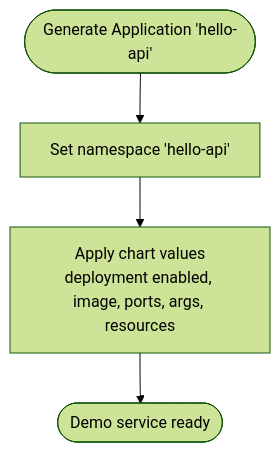
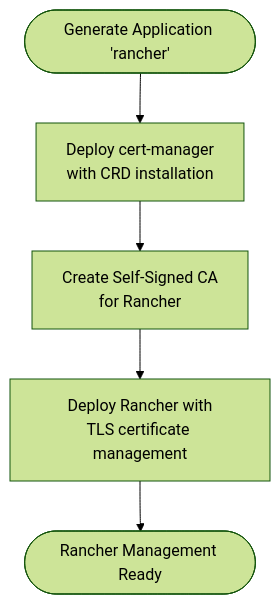
The sixth of 7 diagrams in .qoder/repowiki/en/content/Project Management/Playground Projects.md (Hoangvu75/k8s_manifest), drawn with Mermaid (forest theme) before and after one commit. The commit also changed other lines of this file and 24 other files, not shown here.

````diff
--- a/.qoder/repowiki/en/content/Project Management/Playground Projects.md
+++ b/.qoder/repowiki/en/content/Project Management/Playground Projects.md
@@ -227,6 +250,7 @@
 ```mermaid
 flowchart TD
-Start(["Generate Application 'hello-api'"]) --> SetNS["Set namespace 'hello-api'"]
-SetNS --> ApplyValues["Apply chart values<br/>deployment enabled, image, ports, args, resources"]
-ApplyValues --> End(["Demo service ready"])
+Start(["Generate Application 'rancher'"]) --> DeployCM["Deploy cert-manager<br/>with CRD installation"]
+DeployCM --> CreateCA["Create Self-Signed CA<br/>for Rancher"]
+CreateCA --> DeployRancher["Deploy Rancher with<br/>TLS certificate management"]
+DeployRancher --> End(["Rancher Management Ready"])
 ```
````
